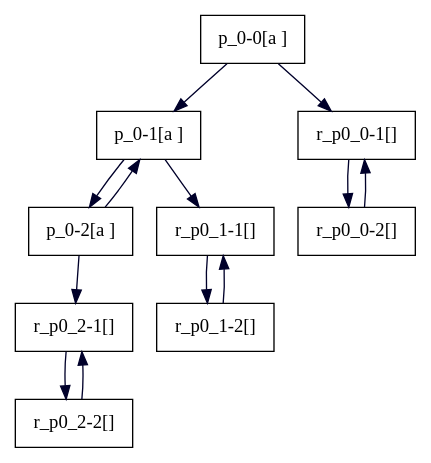
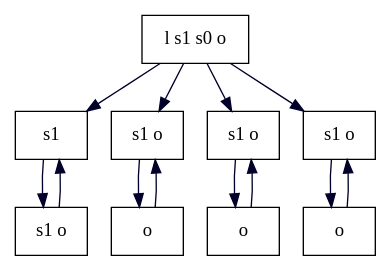
Before and after one commit to hobitans/TGHyper: the diagram in files/out.dot, drawn with Graphviz. The commit also changed 15 other files, not shown here.

Commit message:
new graph eval

```diff
--- a/files/out.dot
+++ b/files/out.dot
@@ -1,26 +1,36 @@
 digraph G {
-  "p_0-0[a ]" [shape=box, ];
-  "p_0-1[a ]" [shape=box, ];
-  "p_0-2[a ]" [shape=box, ];
-  "r_p0_0-1[]" [shape=box, ];
-  "r_p0_0-2[]" [shape=box, ];
-  "r_p0_1-1[]" [shape=box, ];
-  "r_p0_1-2[]" [shape=box, ];
-  "r_p0_2-1[]" [shape=box, ];
-  "r_p0_2-2[]" [shape=box, ];
+  "ip_pv1i0Ipv2i0Ipv1i0Ipv2i1I00_0-1[s1 ]" [shape=box, label="s1 ", ];
+  "ip_pv1i0Ipv2i0Ipv1i0Ipv2i1I00_0-2[s1 o ]" [shape=box, label="s1 o ", ];
+  "pv1i0Ipv2i0I_pv1i0Ipv2i1I0_0-1[s1 o ]" [shape=box, label="s1 o ", ];
+  "pv1i0Ipv2i0I_pv1i0Ipv2i1I0_0-2[o ]" [shape=box, label="o ", ];
+  "pv1i0Ipv2i1I_0-0[l s1 s0 o ]" [shape=box, label="l s1 s0 o ", ];
+  "pv1i0Ipv2i1I_0-1[s1 o ]" [shape=box, label="s1 o ", ];
+  "pv1i0Ipv2i1I_0-2[o ]" [shape=box, label="o ", ];
+  "pv1i0_ippv1i0Ipv2i0Ipv1i0Ipv2i1I000_0-1[s1 o ]" [shape=box, label="s1 o ", ];
+  "pv1i0_ippv1i0Ipv2i0Ipv1i0Ipv2i1I000_0-2[o ]" [shape=box, label="o ", ];
   
   
-  "p_0-0[a ]" -> "p_0-1[a ]" [color="#00002A", ];
-  "p_0-0[a ]" -> "r_p0_0-1[]" [color="#00002A", ];
-  "p_0-1[a ]" -> "p_0-2[a ]" [color="#00002A", ];
-  "p_0-1[a ]" -> "r_p0_1-1[]" [color="#00002A", ];
-  "p_0-2[a ]" -> "p_0-1[a ]" [color="#00002A", ];
-  "p_0-2[a ]" -> "r_p0_2-1[]" [color="#00002A", ];
-  "r_p0_0-1[]" -> "r_p0_0-2[]" [color="#00002A", ];
-  "r_p0_0-2[]" -> "r_p0_0-1[]" [color="#00002A", ];
-  "r_p0_1-1[]" -> "r_p0_1-2[]" [color="#00002A", ];
-  "r_p0_1-2[]" -> "r_p0_1-1[]" [color="#00002A", ];
-  "r_p0_2-1[]" -> "r_p0_2-2[]" [color="#00002A", ];
-  "r_p0_2-2[]" -> "r_p0_2-1[]" [color="#00002A", ];
+  "ip_pv1i0Ipv2i0Ipv1i0Ipv2i1I00_0-1[s1 ]" -> "ip_pv1i0Ipv2i0Ipv1i0Ipv2i1I00_0-2[s1 o ]" [
+  color="#00002A", ];
+  "ip_pv1i0Ipv2i0Ipv1i0Ipv2i1I00_0-2[s1 o ]" -> "ip_pv1i0Ipv2i0Ipv1i0Ipv2i1I00_0-1[s1 ]" [
+  color="#00002A", ];
+  "pv1i0Ipv2i0I_pv1i0Ipv2i1I0_0-1[s1 o ]" -> "pv1i0Ipv2i0I_pv1i0Ipv2i1I0_0-2[o ]" [
+  color="#00002A", ];
+  "pv1i0Ipv2i0I_pv1i0Ipv2i1I0_0-2[o ]" -> "pv1i0Ipv2i0I_pv1i0Ipv2i1I0_0-1[s1 o ]" [
+  color="#00002A", ];
+  "pv1i0Ipv2i1I_0-0[l s1 s0 o ]" -> "ip_pv1i0Ipv2i0Ipv1i0Ipv2i1I00_0-1[s1 ]" [
+  color="#00002A", ];
+  "pv1i0Ipv2i1I_0-0[l s1 s0 o ]" -> "pv1i0Ipv2i0I_pv1i0Ipv2i1I0_0-1[s1 o ]" [
+  color="#00002A", ];
+  "pv1i0Ipv2i1I_0-0[l s1 s0 o ]" -> "pv1i0Ipv2i1I_0-1[s1 o ]" [color="#00002A",
+                                                               ];
+  "pv1i0Ipv2i1I_0-0[l s1 s0 o ]" -> "pv1i0_ippv1i0Ipv2i0Ipv1i0Ipv2i1I000_0-1[s1 o ]" [
+  color="#00002A", ];
+  "pv1i0Ipv2i1I_0-1[s1 o ]" -> "pv1i0Ipv2i1I_0-2[o ]" [color="#00002A", ];
+  "pv1i0Ipv2i1I_0-2[o ]" -> "pv1i0Ipv2i1I_0-1[s1 o ]" [color="#00002A", ];
+  "pv1i0_ippv1i0Ipv2i0Ipv1i0Ipv2i1I000_0-1[s1 o ]" -> "pv1i0_ippv1i0Ipv2i0Ipv1i0Ipv2i1I000_0-2[o ]" [
+  color="#00002A", ];
+  "pv1i0_ippv1i0Ipv2i0Ipv1i0Ipv2i1I000_0-2[o ]" -> "pv1i0_ippv1i0Ipv2i0Ipv1i0Ipv2i1I000_0-1[s1 o ]" [
+  color="#00002A", ];
   
   }
```
